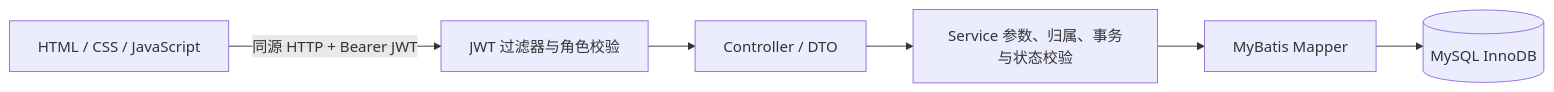
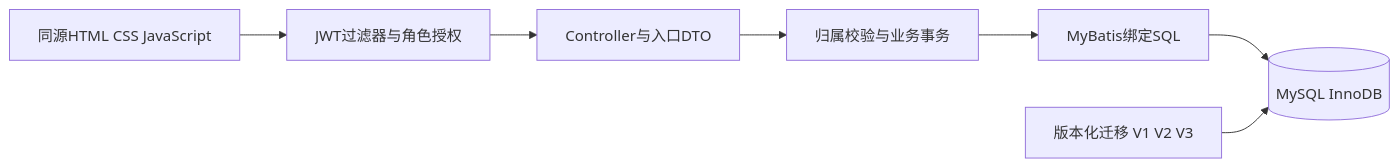
Before and after one commit to liangchenye05-svg/asset-reservation-maintenance-platform: the diagram in docs/ARCHITECTURE.md, drawn with Mermaid. The commit also changed other lines of this file and 57 other files, not shown here.

````diff
--- a/docs/ARCHITECTURE.md
+++ b/docs/ARCHITECTURE.md
@@ -5,8 +3,9 @@
 ```mermaid
 flowchart LR
-    Web[HTML / CSS / JavaScript] -->|同源 HTTP + Bearer JWT| Security[JWT 过滤器与角色校验]
-    Security --> Controller[Controller / DTO]
-    Controller --> Service[Service 参数、归属、事务与状态校验]
-    Service --> Mapper[MyBatis Mapper]
+    Web[同源HTML CSS JavaScript] --> Security[JWT过滤器与角色授权]
+    Security --> Controller[Controller与入口DTO]
+    Controller --> Service[归属校验与业务事务]
+    Service --> Mapper[MyBatis绑定SQL]
     Mapper --> DB[(MySQL InnoDB)]
+    Flyway[版本化迁移 V1 V2 V3] --> DB
 ```
````
